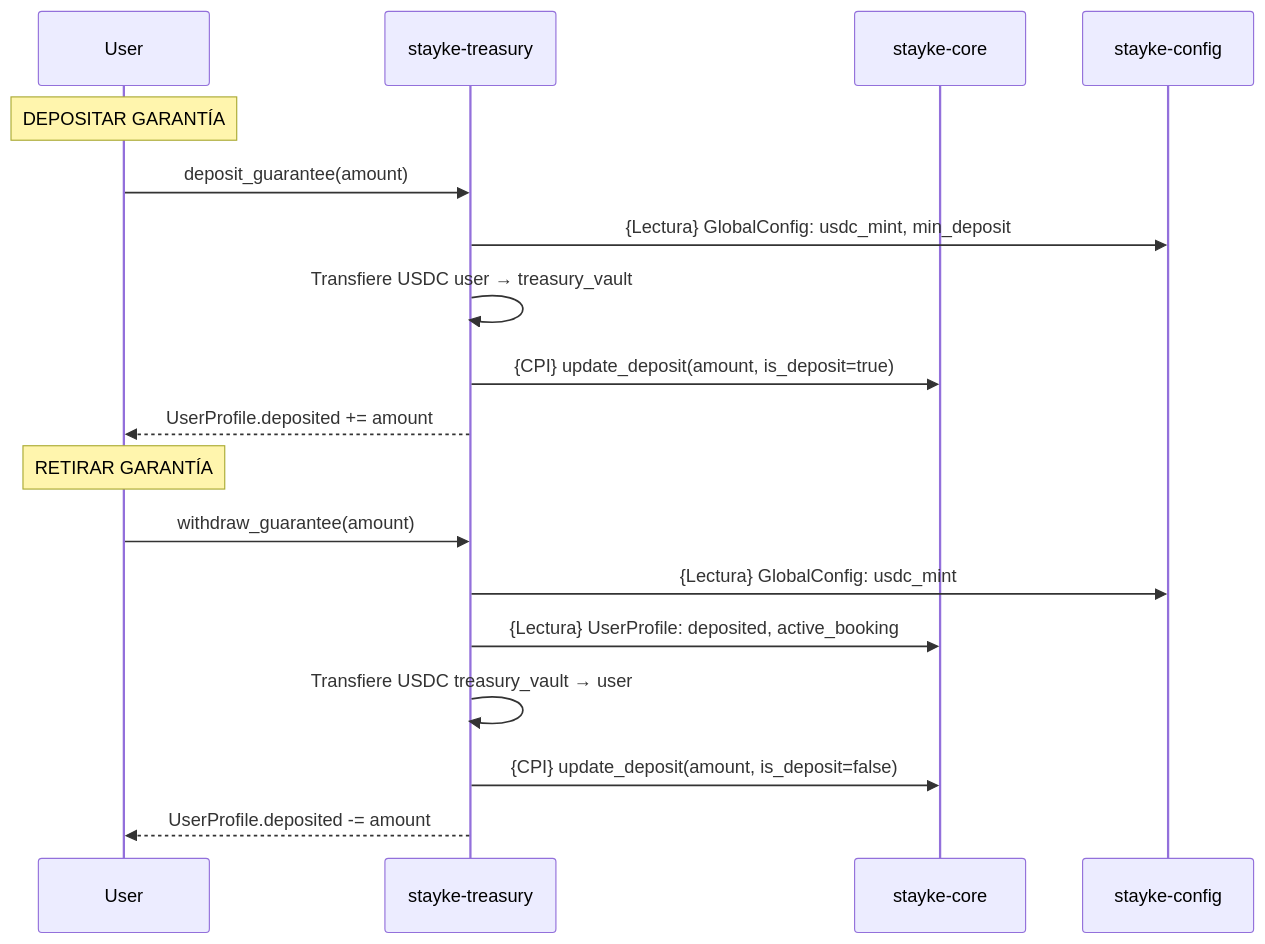
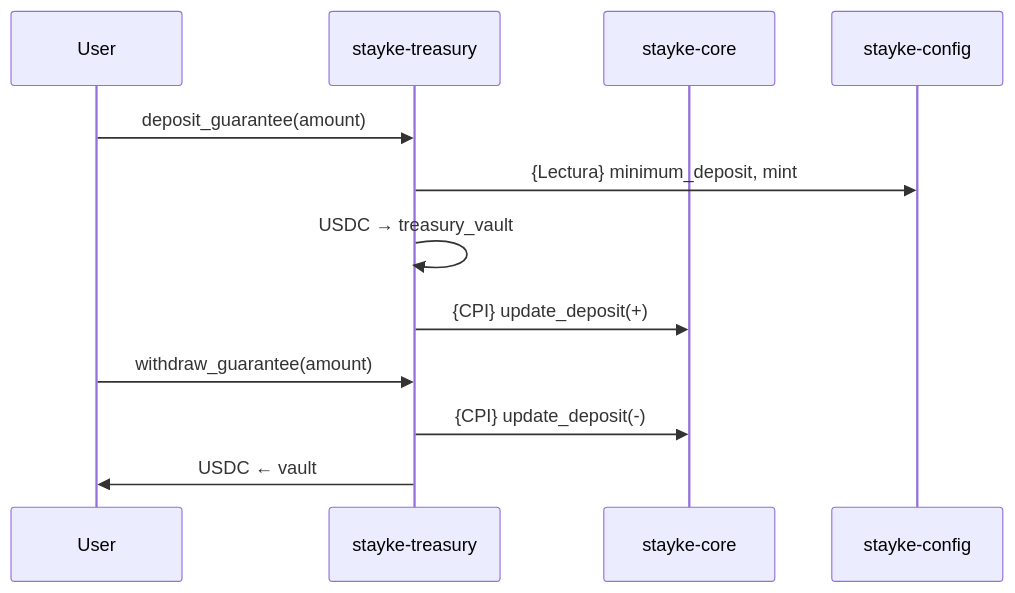
One commit to GestLabs2-0/stayke-contracts changed the fifth of 6 diagrams in docs/stayke-flow-diagram.md. Above: the diagram before and after it, drawn with Mermaid. The commit also changed other lines of this file and 9 other files, not shown here.

````diff
--- a/docs/stayke-flow-diagram.md
+++ b/docs/stayke-flow-diagram.md
@@ -231,24 +147,15 @@
 ```mermaid
 sequenceDiagram
     participant U as User
     participant T as stayke-treasury
     participant C as stayke-core
     participant CF as stayke-config
 
-    Note over U: DEPOSITAR GARANTÍA
-
     U->>T: deposit_guarantee(amount)
-    T->>CF: {Lectura} GlobalConfig: usdc_mint, min_deposit
-    T->>T: Transfiere USDC user → treasury_vault
-    T->>C: {CPI} update_deposit(amount, is_deposit=true)
-    T-->>U: UserProfile.deposited += amount
-
-    Note over U: RETIRAR GARANTÍA
-
+    T->>CF: {Lectura} minimum_deposit, mint
+    T->>T: USDC → treasury_vault
+    T->>C: {CPI} update_deposit(+)
     U->>T: withdraw_guarantee(amount)
-    T->>CF: {Lectura} GlobalConfig: usdc_mint
-    T->>C: {Lectura} UserProfile: deposited, active_booking
-    T->>T: Transfiere USDC treasury_vault → user
-    T->>C: {CPI} update_deposit(amount, is_deposit=false)
-    T-->>U: UserProfile.deposited -= amount
+    T->>C: {CPI} update_deposit(-)
+    T->>U: USDC ← vault
 ```
````
